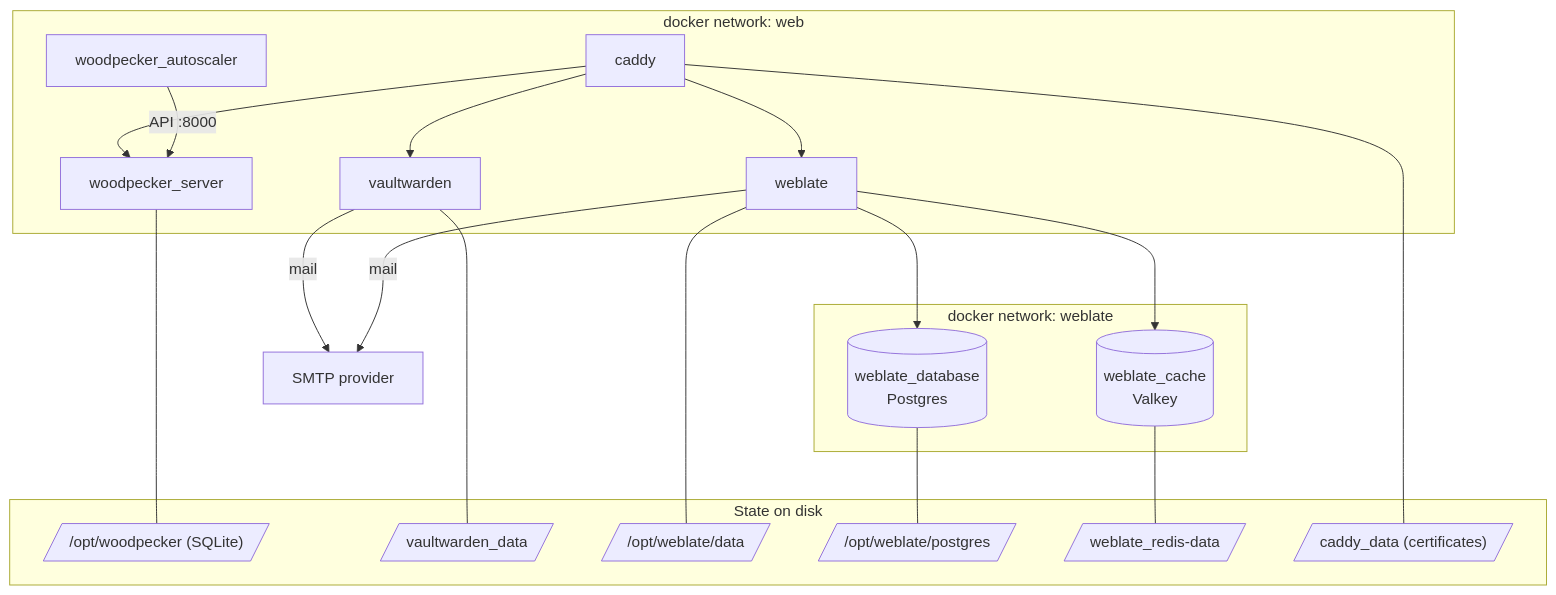
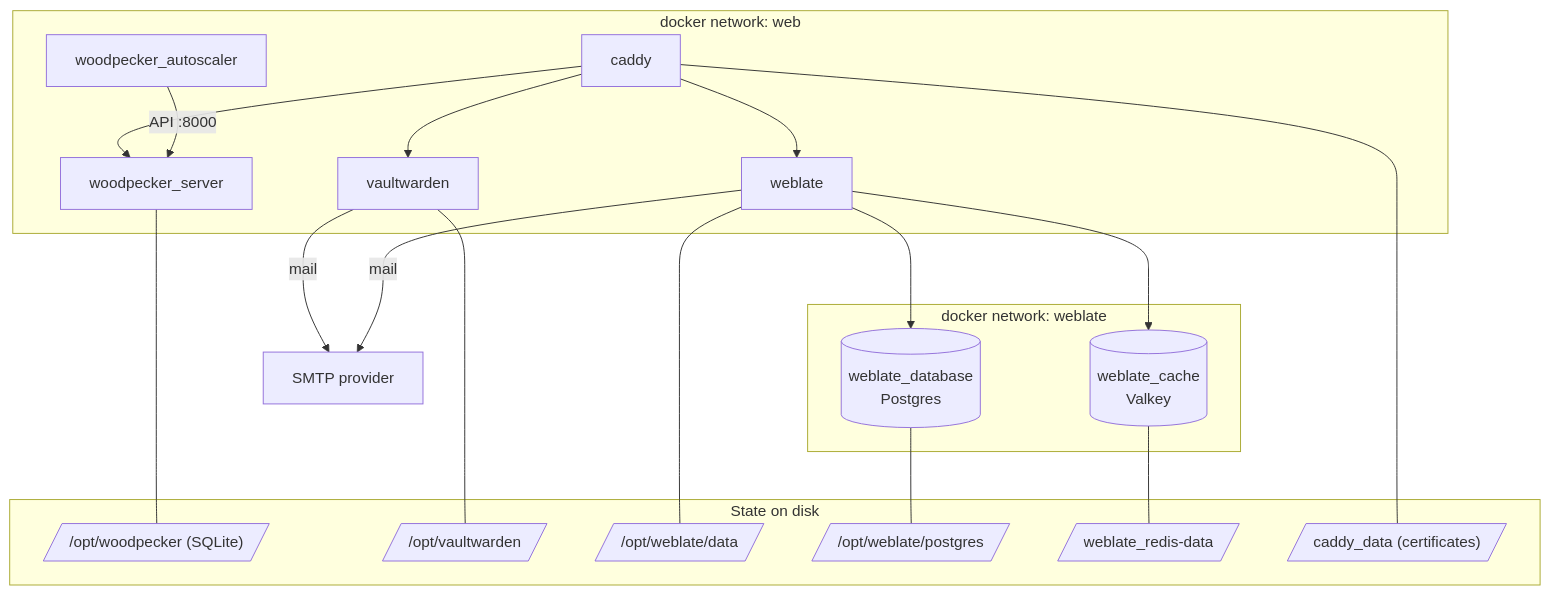
The second of 4 diagrams in overview.md (woodpecker-ci/infrastructure), drawn with Mermaid before and after one commit. The commit also changed 1 other file, not shown here.

Commit message:
Store Vaultwarden data in /opt/vaultwarden
Keep the vault (SQLite database, RSA key, attachments) on the host
under /opt like the Woodpecker and Weblate state. The image runs as
root, so no owner is needed.

````diff
--- a/overview.md
+++ b/overview.md
@@ -64,39 +64,39 @@
 ```mermaid
 flowchart TB
   subgraph web[docker network: web]
     caddy[caddy]
     wp[woodpecker_server]
     as[woodpecker_autoscaler]
     vw[vaultwarden]
     wl[weblate]
   end
 
   subgraph weblate[docker network: weblate]
     pg[(weblate_database<br/>Postgres)]
     vk[(weblate_cache<br/>Valkey)]
   end
 
   subgraph state[State on disk]
     d1[/"/opt/woodpecker (SQLite)"/]
-    d2[/vaultwarden_data/]
+    d2[/"/opt/vaultwarden"/]
     d3[/"/opt/weblate/data"/]
     d4[/"/opt/weblate/postgres"/]
     d5[/weblate_redis-data/]
     d6[/"caddy_data (certificates)"/]
   end
 
   caddy --> wp & vw & wl
   as -->|API :8000| wp
   wl --> pg & vk
 
   wp --- d1
   vw --- d2
   wl --- d3
   pg --- d4
   vk --- d5
   caddy --- d6
 
   smtp[SMTP provider]
   vw -->|mail| smtp
   wl -->|mail| smtp
 ```
````
